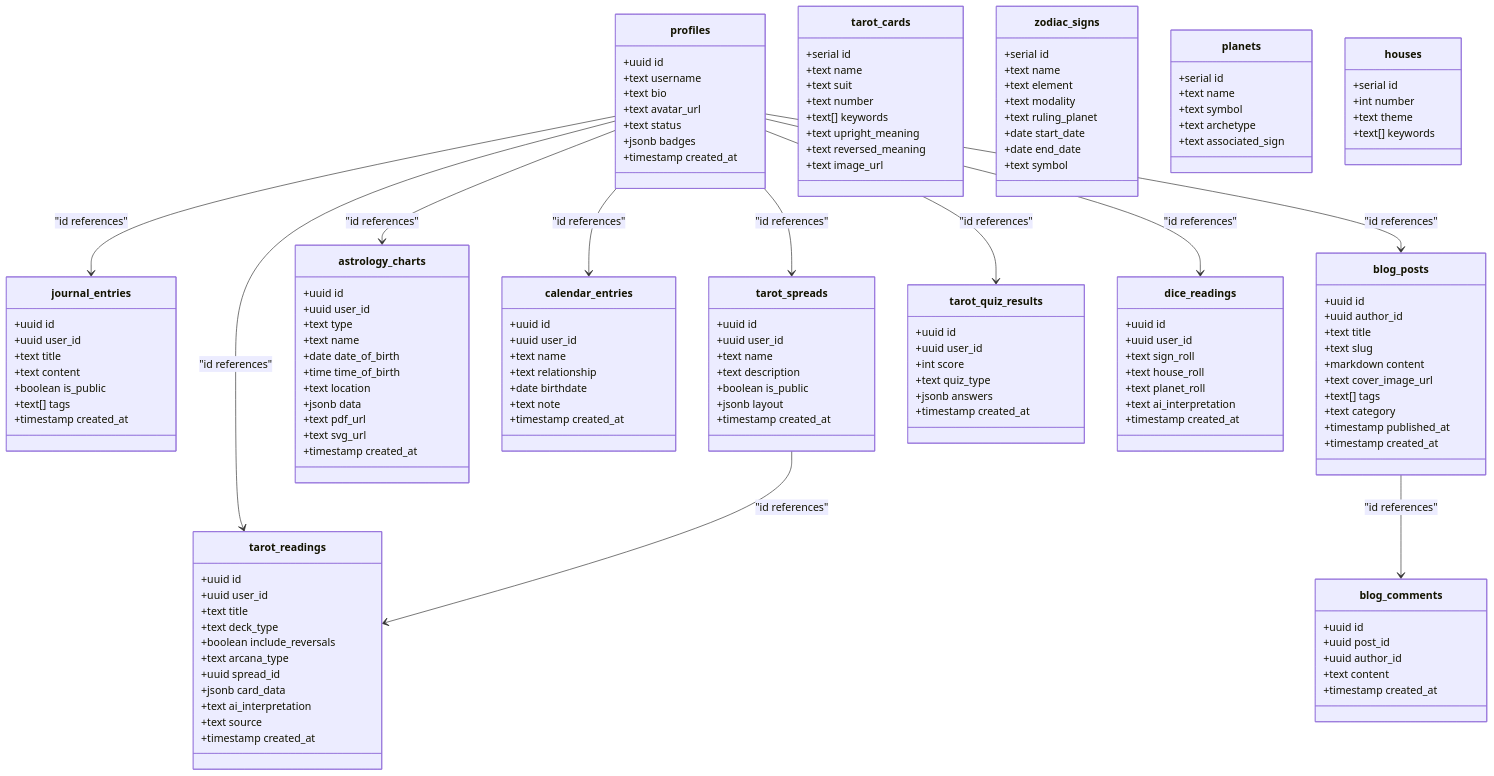
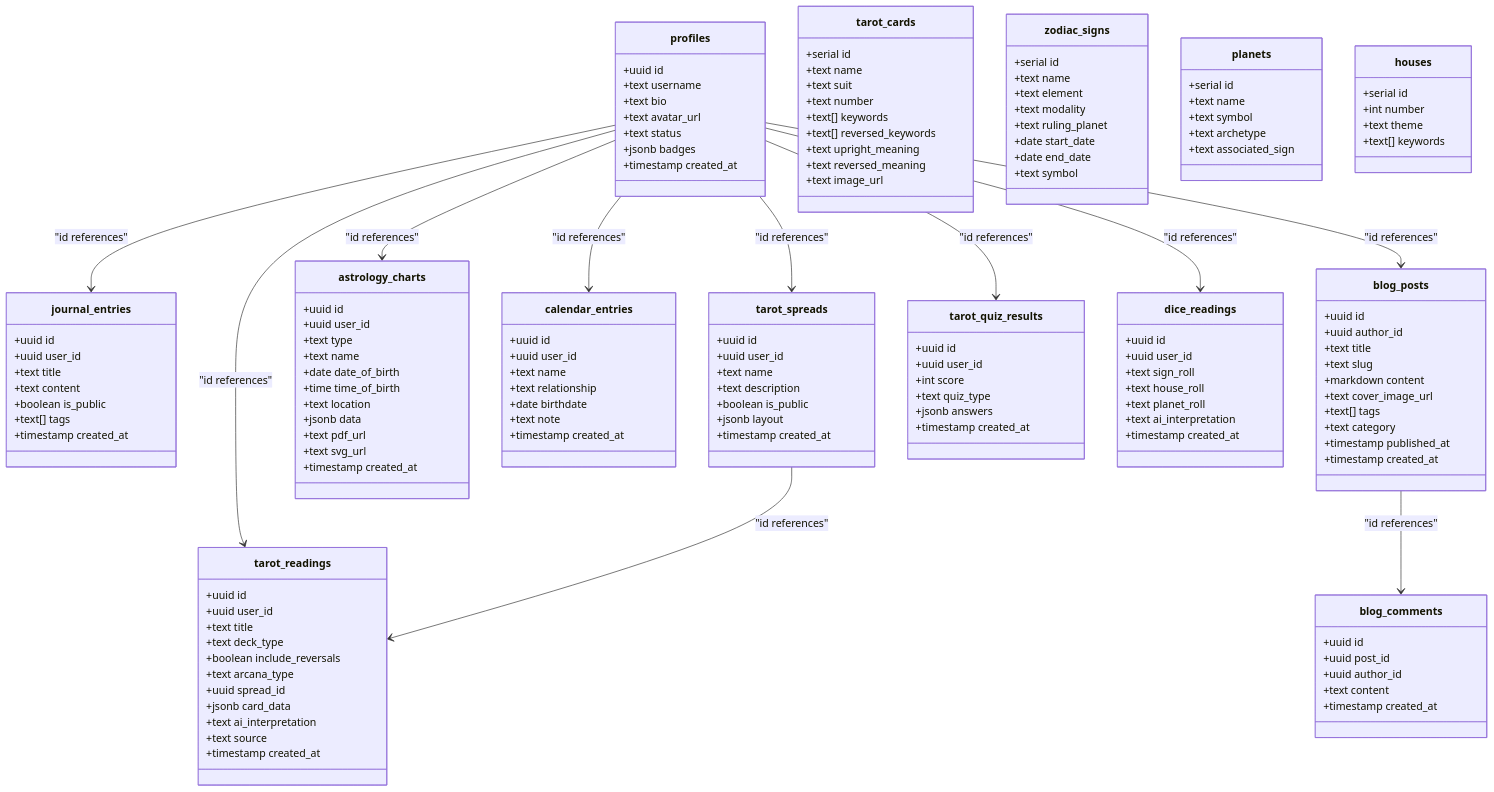
Before and after one commit to daemon-node-byte/MysticalRealms: the diagram in docs/wiki/database_supabase.md, drawn with Mermaid. The commit also changed other lines of this file and 7 other files, not shown here.

```diff
--- a/docs/wiki/database_supabase.md
+++ b/docs/wiki/database_supabase.md
@@ -398,6 +401,7 @@
         +text suit
         +text number
         +text[] keywords
+        +text[] reversed_keywords
         +text upright_meaning
         +text reversed_meaning
         +text image_url
```
